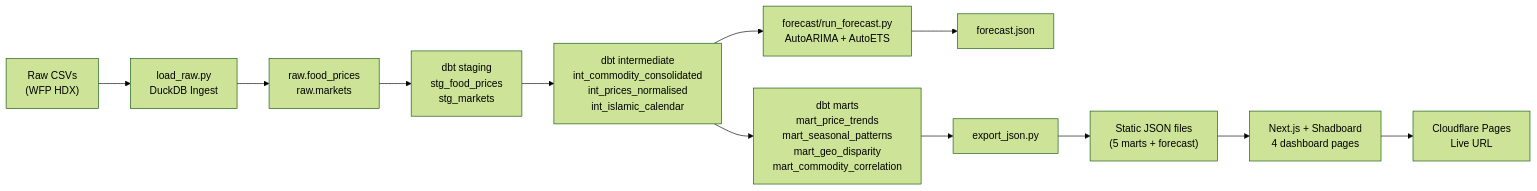
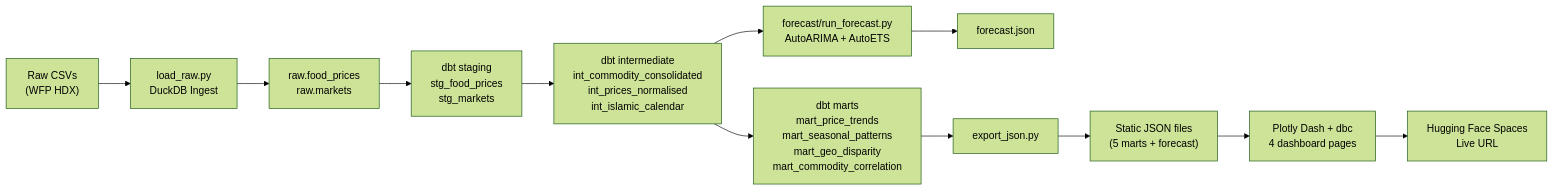
The diagram in README.md (albarpambagio/indonesia-food-price-intelligence), drawn with Mermaid (forest theme) before and after one commit. The commit also changed other lines of this file and 6 other files, not shown here.

````diff
--- a/README.md
+++ b/README.md
@@ -68,14 +69,14 @@
 ```mermaid
 flowchart LR
     A["Raw CSVs<br/>(WFP HDX)"] --> B["load_raw.py<br/>DuckDB Ingest"]
     B --> C["raw.food_prices<br/>raw.markets"]
     C --> D["dbt staging<br/>stg_food_prices<br/>stg_markets"]
     D --> E["dbt intermediate<br/>int_commodity_consolidated<br/>int_prices_normalised<br/>int_islamic_calendar"]
     E --> F["dbt marts<br/>mart_price_trends<br/>mart_seasonal_patterns<br/>mart_geo_disparity<br/>mart_commodity_correlation"]
     E --> G["forecast/run_forecast.py<br/>AutoARIMA + AutoETS"]
     G --> H["forecast.json"]
     F --> I["export_json.py"]
     I --> J["Static JSON files<br/>(5 marts + forecast)"]
-    J --> K["Next.js + Shadboard<br/>4 dashboard pages"]
-    K --> L["Cloudflare Pages<br/>Live URL"]
+    J --> K["Plotly Dash + dbc<br/>4 dashboard pages"]
+    K --> L["Hugging Face Spaces<br/>Live URL"]
 ```
````
